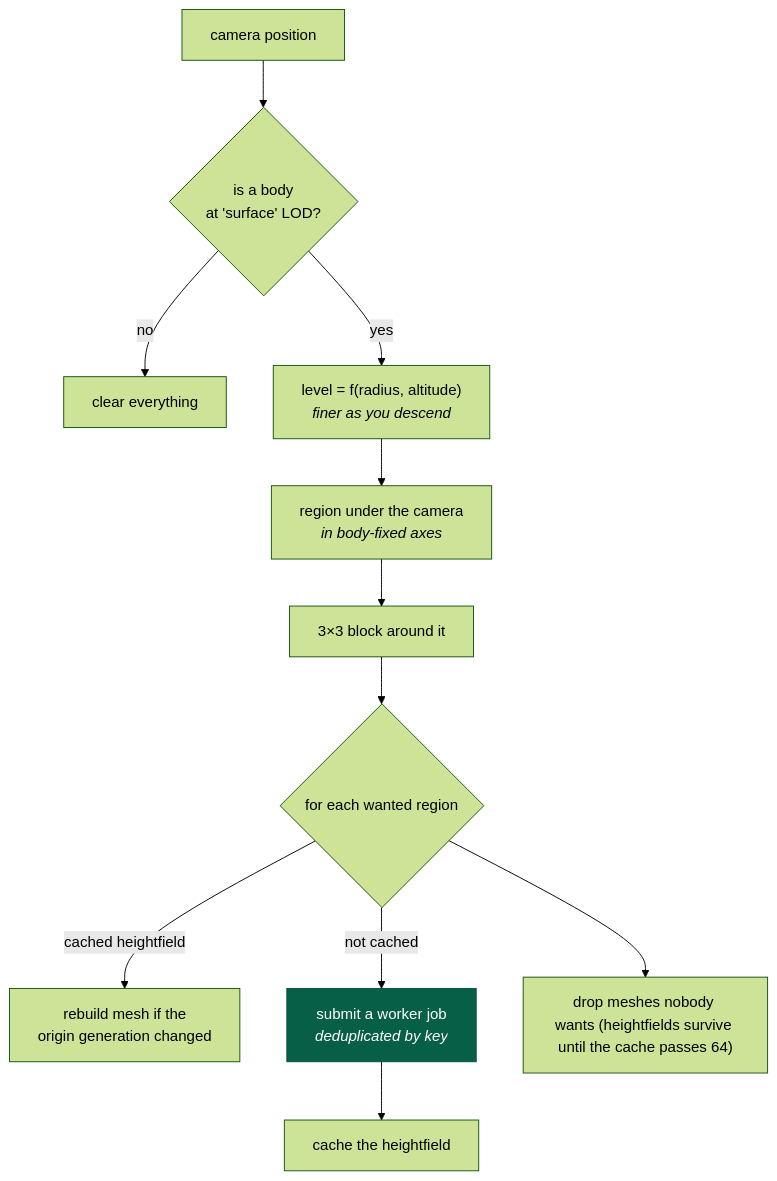
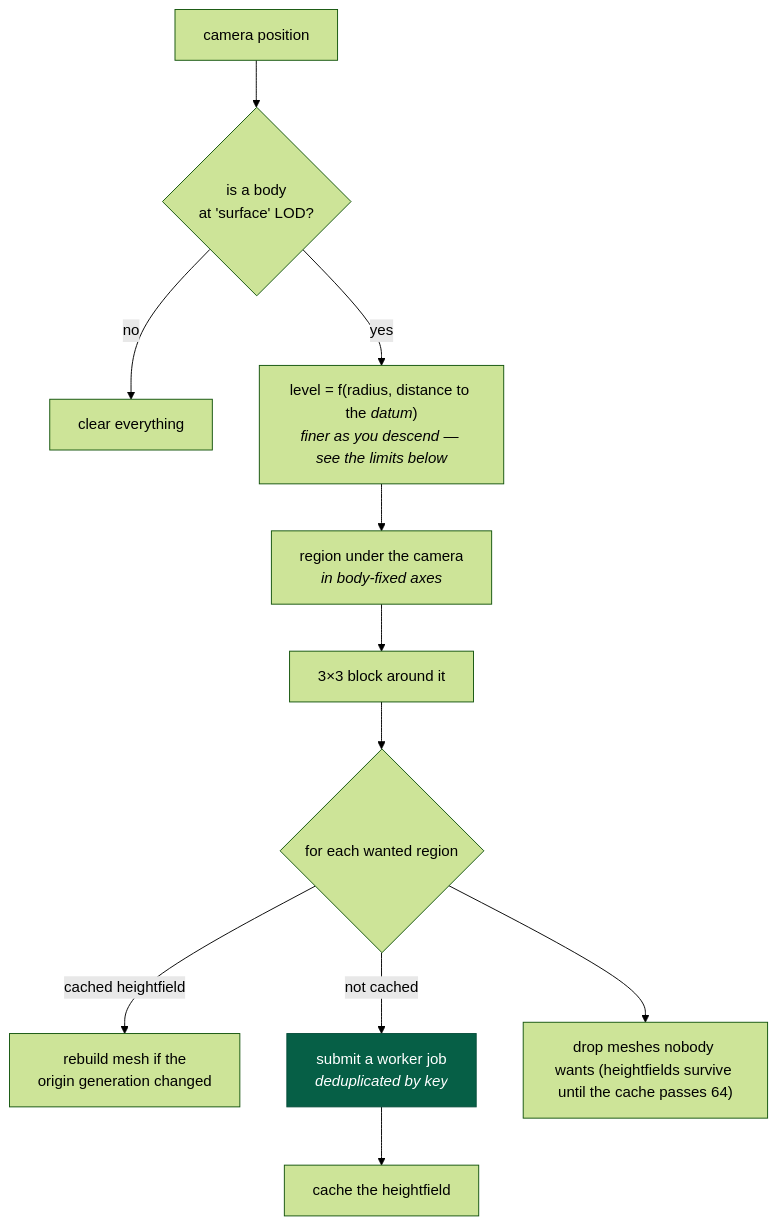
One commit to jonjaques/inertialref changed the third of 3 diagrams in docs/concepts/streaming.md. Above: the diagram before and after it, drawn with Mermaid (forest theme). The commit also changed other lines of this file and 12 other files, not shown here.

First line of the commit message:
docs: the pages catch up with an arm that reaches below the datum sphere

````diff
--- a/docs/concepts/streaming.md
+++ b/docs/concepts/streaming.md
@@ -81,15 +82,15 @@
 ```mermaid
 flowchart TB
     CAM["camera position"] --> BODY{"is a body<br/>at 'surface' LOD?"}
     BODY -->|no| CLEAR["clear everything"]
-    BODY -->|yes| LEVEL["level = f(radius, altitude)<br/><i>finer as you descend</i>"]
+    BODY -->|yes| LEVEL["level = f(radius, distance to the <i>datum</i>)<br/><i>finer as you descend — see the limits below</i>"]
     LEVEL --> CENTRE["region under the camera<br/><i>in body-fixed axes</i>"]
     CENTRE --> BLOCK["3×3 block around it"]
     BLOCK --> RECON{"for each wanted region"}
     RECON -->|"cached heightfield"| MESH["rebuild mesh if the<br/>origin generation changed"]
     RECON -->|"not cached"| JOB["submit a worker job<br/><i>deduplicated by key</i>"]
     JOB --> CACHE["cache the heightfield"]
     RECON --> EVICT["drop meshes nobody wants (heightfields survive until the cache passes 64)"]
 
     style JOB fill:#065f46,stroke:#064e3b,color:#fff
 ```
````
